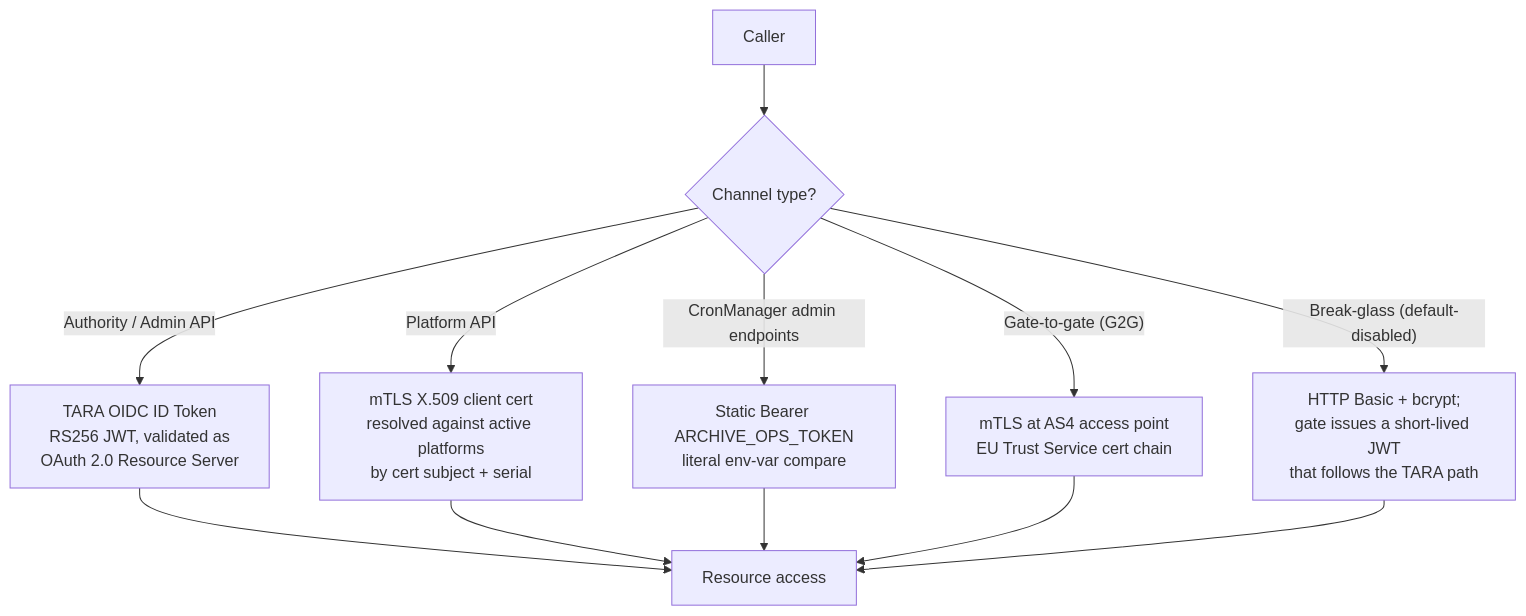
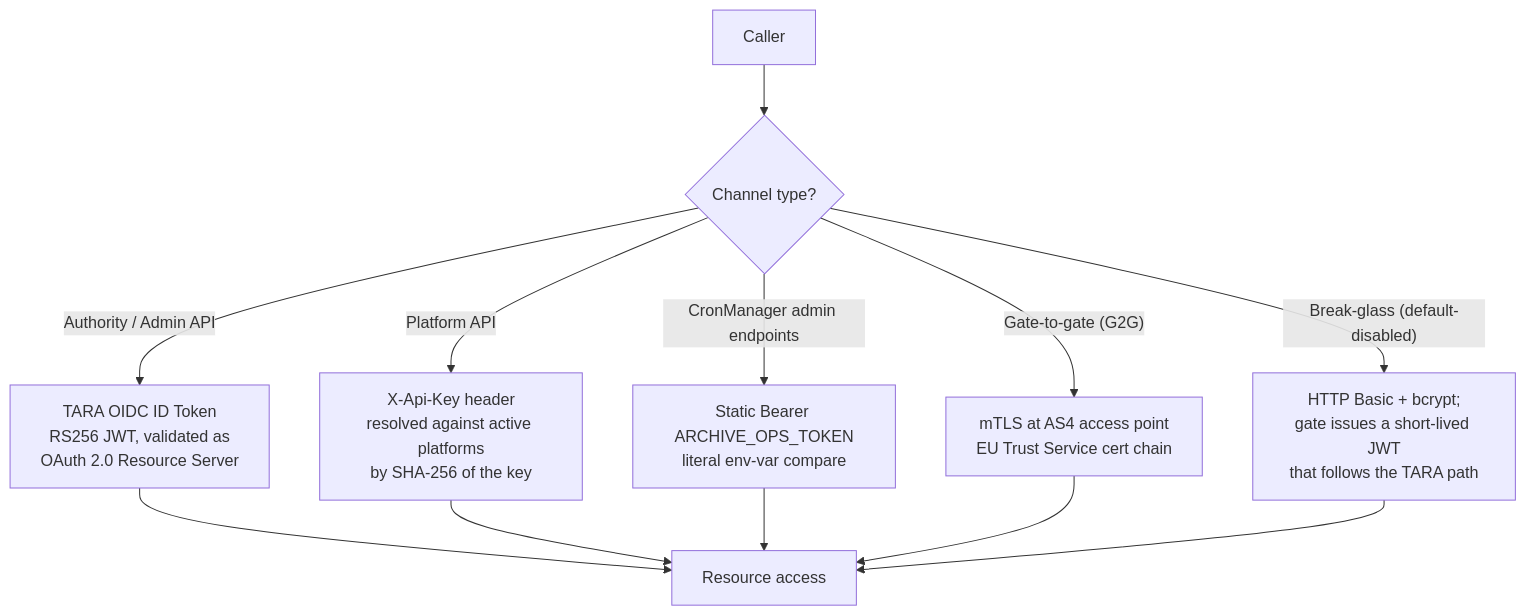
The diagram in docs/architecture/identity-and-access/authentication.md (kemit-ee/efti-gate-ee), drawn with Mermaid before and after one commit. The commit also changed other lines of this file and 3 other files, not shown here.

First line of the commit message:
Docs: finish reconciling permissions-matrix and auth docs to X-Api-Key

````diff
--- a/docs/architecture/identity-and-access/authentication.md
+++ b/docs/architecture/identity-and-access/authentication.md
@@ -17,14 +17,14 @@
 ```mermaid
 flowchart TD
     Caller[Caller] --> Channel{Channel type?}
     Channel -- Authority / Admin API --> TARA[TARA OIDC ID Token<br/>RS256 JWT, validated as<br/>OAuth 2.0 Resource Server]
-    Channel -- Platform API --> MTLSp[mTLS X.509 client cert<br/>resolved against active platforms<br/>by cert subject + serial]
+    Channel -- Platform API --> MTLSp[X-Api-Key header<br/>resolved against active platforms<br/>by SHA-256 of the key]
     Channel -- CronManager admin endpoints --> Ops[Static Bearer ARCHIVE_OPS_TOKEN<br/>literal env-var compare]
     Channel -- Gate-to-gate (G2G) --> MTLSg[mTLS at AS4 access point<br/>EU Trust Service cert chain]
     Channel -- Break-glass (default-disabled) --> BG[HTTP Basic + bcrypt;<br/>gate issues a short-lived JWT<br/>that follows the TARA path]
     TARA --> Resource[Resource access]
     MTLSp --> Resource
     Ops --> Resource
     MTLSg --> Resource
     BG --> Resource
 ```
````
